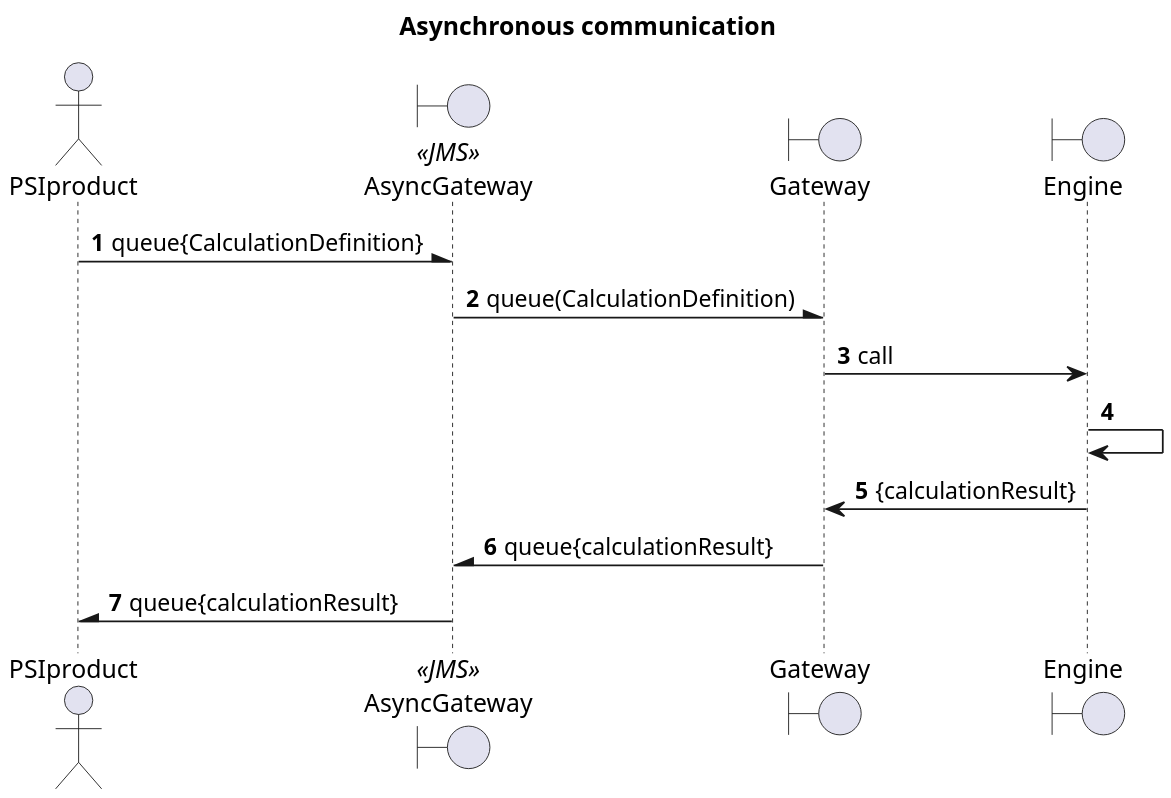
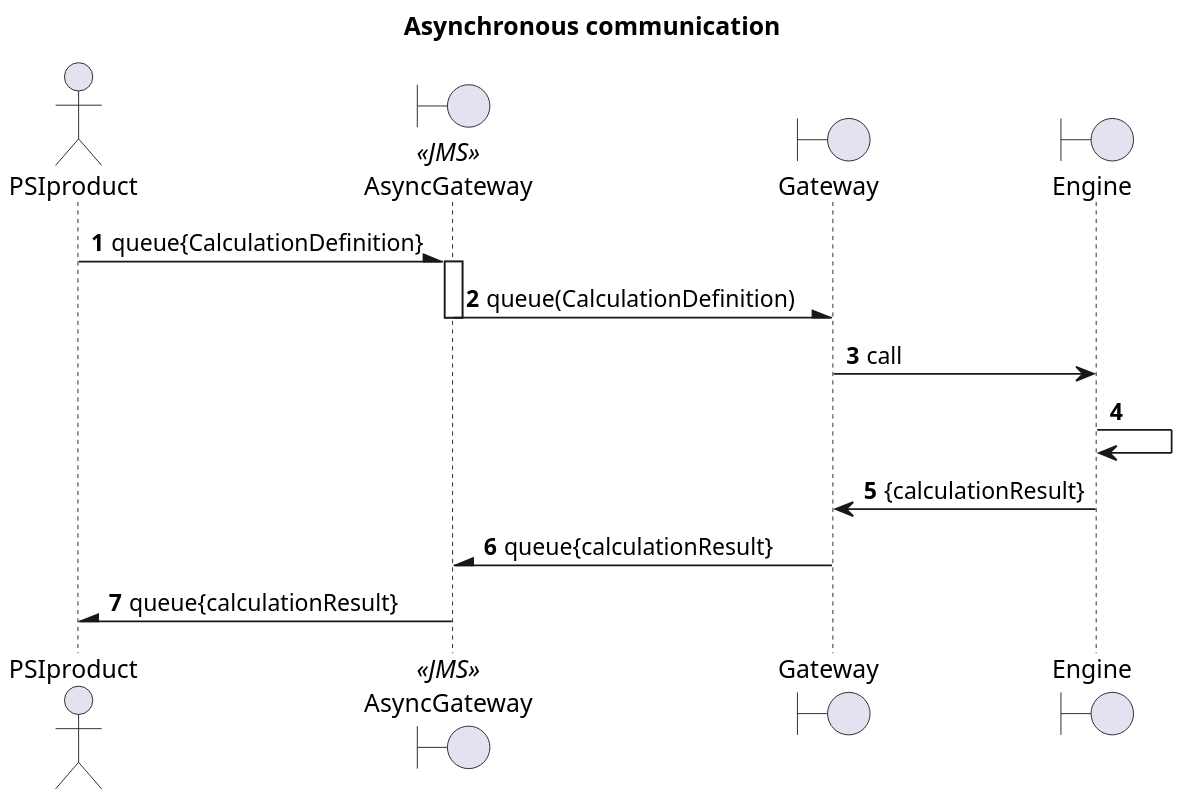
Before and after one commit to PSI-Polska/aaas-java6: the diagram in doc/useCases/2.0 asyncCommunication.plantuml, drawn with PlantUML. The commit also changed 3 other files, not shown here.

```diff
--- a/doc/useCases/2.0 asyncCommunication.plantuml
+++ b/doc/useCases/2.0 asyncCommunication.plantuml
@@ -1,20 +1,22 @@
 @startuml
 skinparam dpi 200
 
 title Asynchronous communication
 
 actor PSIproduct
 boundary AsyncGateway as Async <<JMS>>
 boundary Gateway
 boundary Engine as Engine
 
 autonumber
 PSIproduct -\ Async: queue{CalculationDefinition}
+activate Async
 Async -\ Gateway: queue(CalculationDefinition)
+deactivate Async
 Gateway -> Engine: call
 Engine -> Engine
 Engine -> Gateway: {calculationResult}
 Gateway -\ Async: queue{calculationResult}
 Async -\ PSIproduct: queue{calculationResult}
 
 @enduml
```
